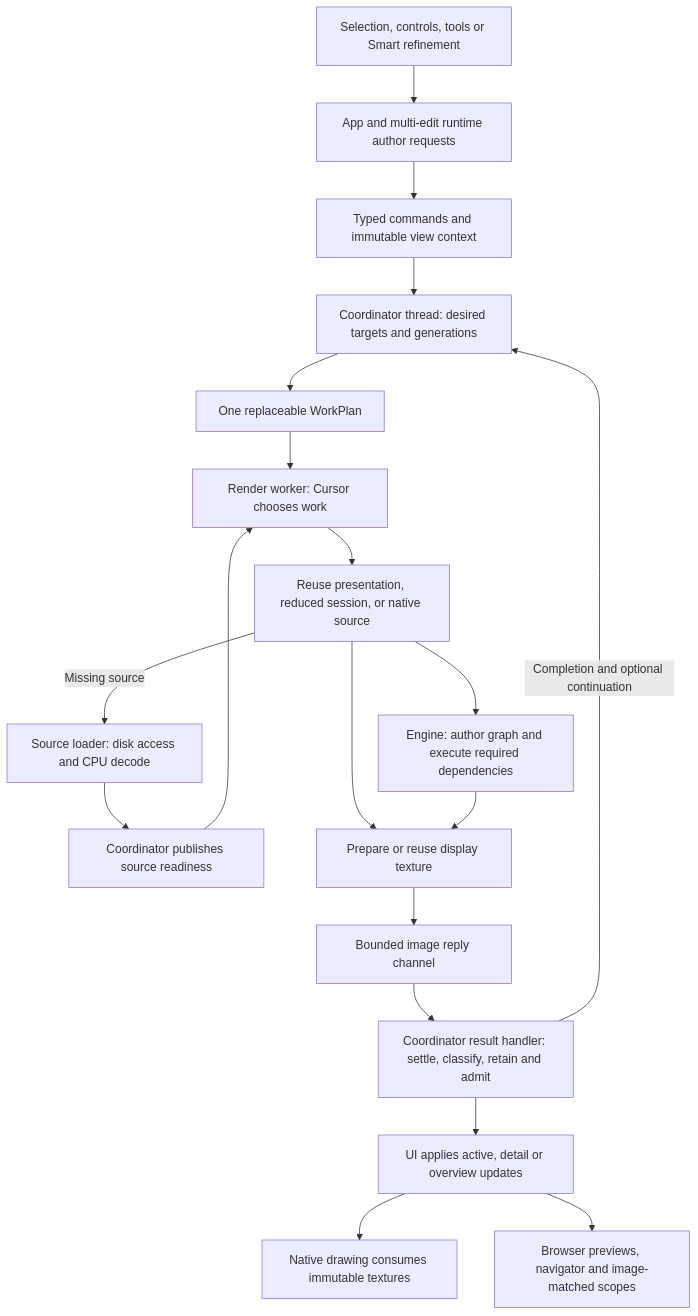
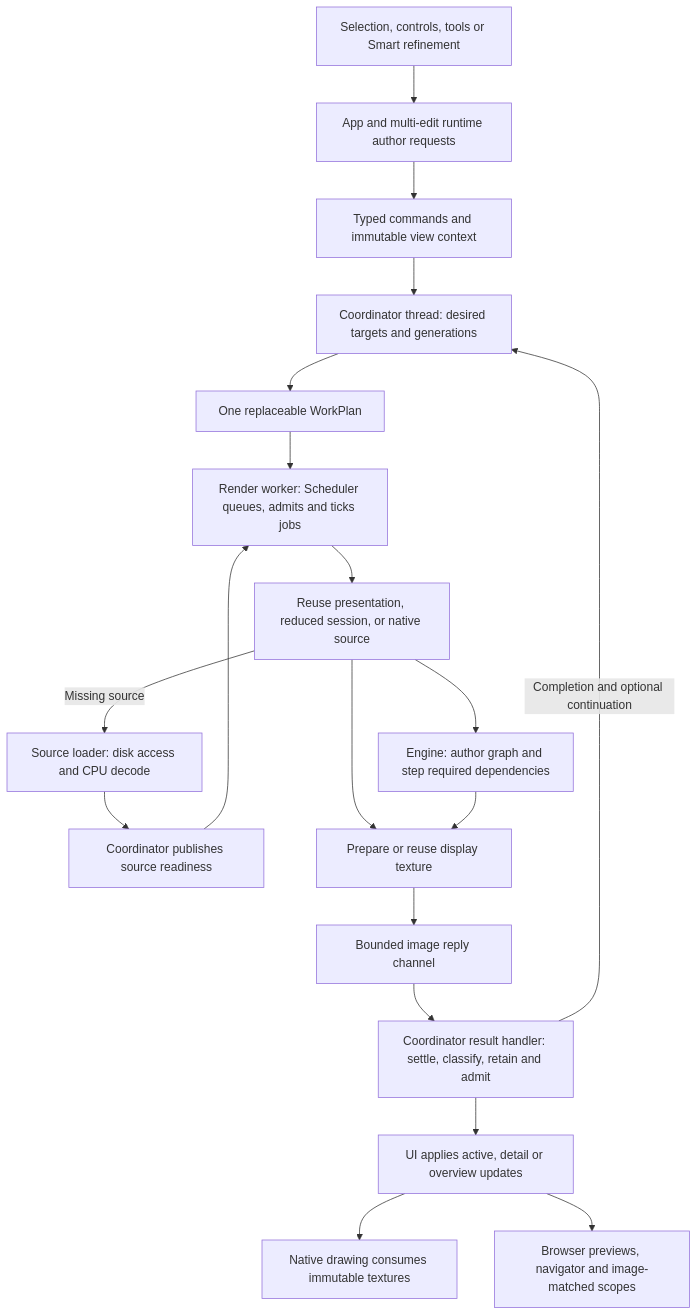
Before and after one commit to hank-bond/foveonic: the first of 2 diagrams in docs/interactive-rendering-architecture.md, drawn with Mermaid. The commit also changed other lines of this file and 238 other files, not shown here.

````diff
--- a/docs/interactive-rendering-architecture.md
+++ b/docs/interactive-rendering-architecture.md
@@ -16,21 +16,21 @@
 ```mermaid
 flowchart TD
     Edit[Selection, controls, tools or Smart refinement] --> UI[App and multi-edit runtime author requests]
     UI --> Commands[Typed commands and immutable view context]
     Commands --> Coordinator[Coordinator thread: desired targets and generations]
     Coordinator --> Plan[One replaceable WorkPlan]
-    Plan --> Worker[Render worker: Cursor chooses work]
+    Plan --> Worker[Render worker: Scheduler queues, admits and ticks jobs]
     Worker --> Reuse[Reuse presentation, reduced session, or native source]
     Reuse -->|Missing source| Loading[Source loader: disk access and CPU decode]
     Loading --> Ready[Coordinator publishes source readiness]
     Ready --> Worker
-    Reuse --> Numeric[Engine: author graph and execute required dependencies]
+    Reuse --> Numeric[Engine: author graph and step required dependencies]
     Reuse --> View[Prepare or reuse display texture]
     Numeric --> View
     View --> Reply[Bounded image reply channel]
     Reply --> Handler[Coordinator result handler: settle, classify, retain and admit]
     Handler --> Frames[UI applies active, detail or overview updates]
     Handler -->|Completion and optional continuation| Coordinator
     Frames --> Draw[Native drawing consumes immutable textures]
     Frames --> Aux[Browser previews, navigator and image-matched scopes]
 ```
````
